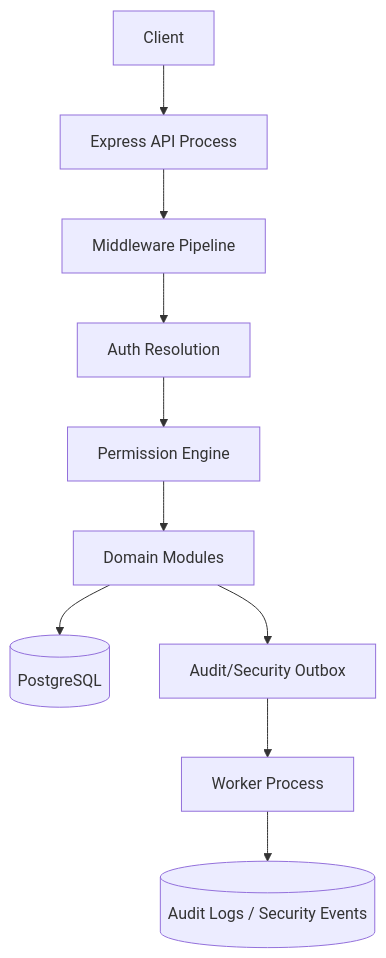
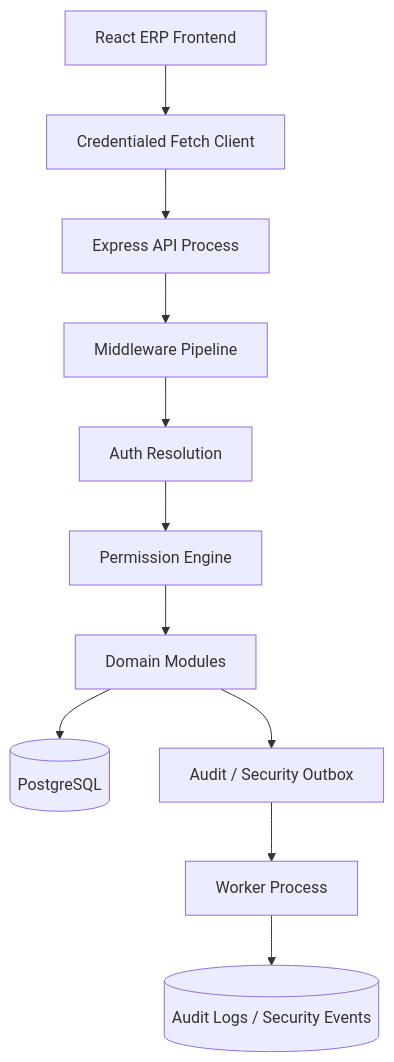
Before and after one commit to Mehmet-Aytac/enterprise-backend-foundation-case-study: the first of 2 diagrams in docs/architecture-overview.md, drawn with Mermaid. The commit also changed other lines of this file, not shown here.

Commit message:
docs: clarify backend architecture within full-stack project

````diff
--- a/docs/architecture-overview.md
+++ b/docs/architecture-overview.md
@@ -30,12 +33,13 @@
 ```mermaid
 flowchart TD
-    Client[Client] --> API[Express API Process]
+    Frontend[React ERP Frontend] --> Client[Credentialed Fetch Client]
+    Client --> API[Express API Process]
     API --> Middleware[Middleware Pipeline]
     Middleware --> Auth[Auth Resolution]
     Auth --> Permission[Permission Engine]
     Permission --> Modules[Domain Modules]
     Modules --> Database[(PostgreSQL)]
-    Modules --> Outbox[Audit/Security Outbox]
+    Modules --> Outbox[Audit / Security Outbox]
     Outbox --> Worker[Worker Process]
     Worker --> Audit[(Audit Logs / Security Events)]
 ```
````
